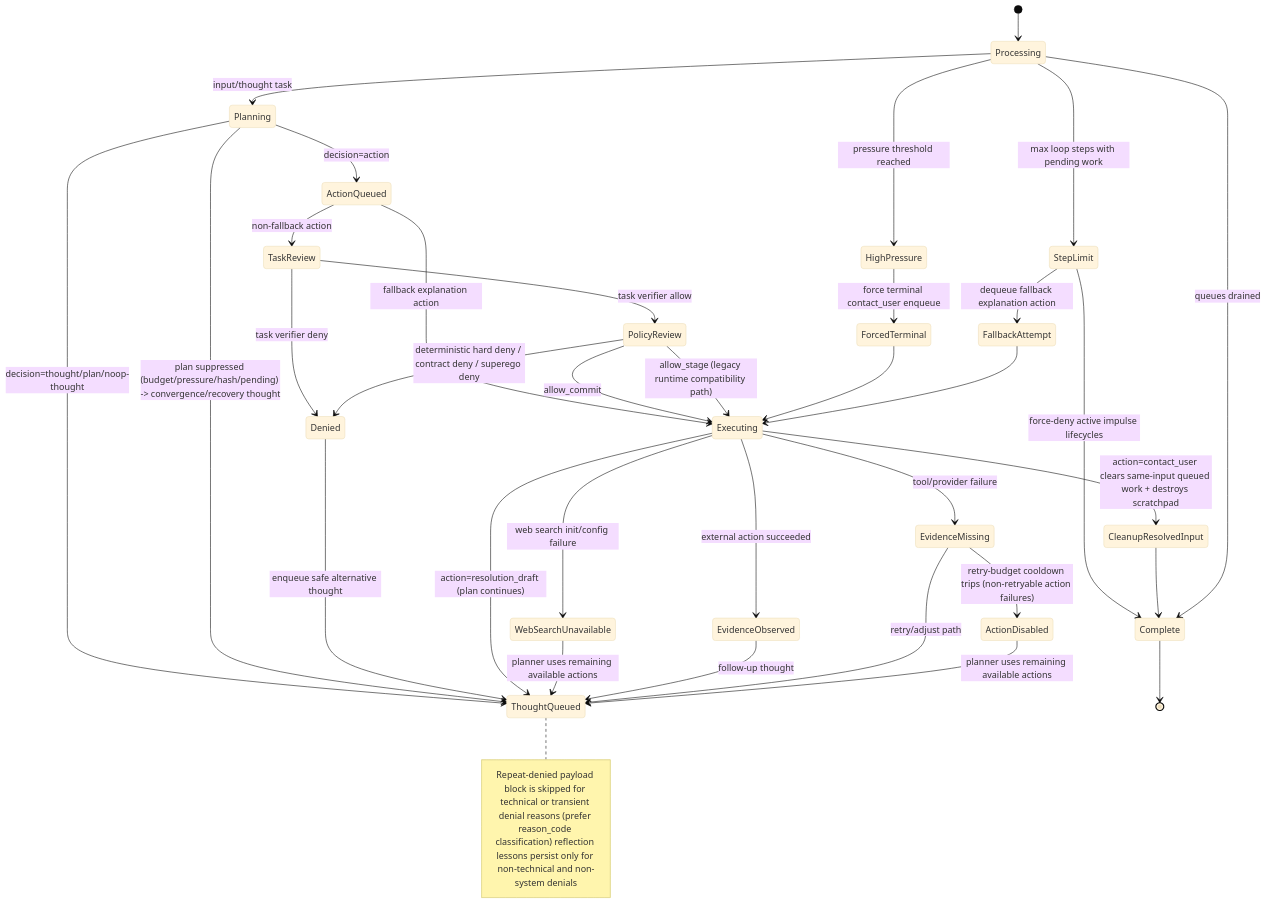
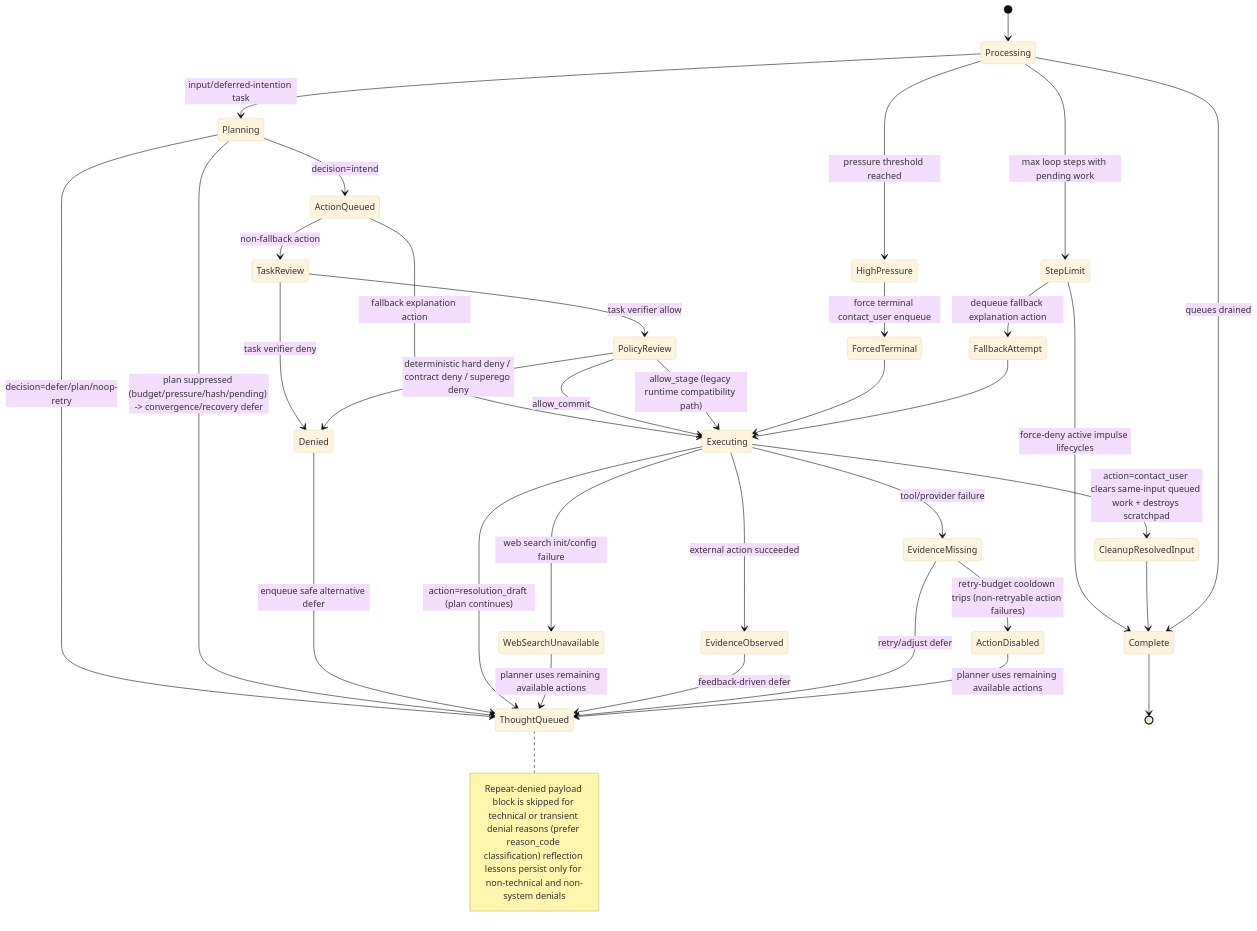
The sixth of 6 diagrams in AGENT_LOGIC_DIAGRAM.md (neopsyke/NeoPsyke), drawn with Mermaid (base theme) before and after one commit. The commit also changed other lines of this file and 37 other files, not shown here.

Commit message:
refactor(cognitive-runtime): finalize architecture convergence

````diff
--- a/AGENT_LOGIC_DIAGRAM.md
+++ b/AGENT_LOGIC_DIAGRAM.md
@@ -361,44 +362,44 @@
 ```mermaid
 stateDiagram-v2
     [*] --> Processing
 
-    Processing --> Planning: input/thought task
-    Planning --> ActionQueued: decision=action
-    Planning --> ThoughtQueued: decision=thought/plan/noop-thought
-    Planning --> ThoughtQueued: plan suppressed (budget/pressure/hash/pending) -> convergence/recovery thought
+    Processing --> Planning: input/deferred-intention task
+    Planning --> ActionQueued: decision=intend
+    Planning --> ThoughtQueued: decision=defer/plan/noop-retry
+    Planning --> ThoughtQueued: plan suppressed (budget/pressure/hash/pending) -> convergence/recovery defer
 
     ActionQueued --> TaskReview: non-fallback action
     ActionQueued --> Executing: fallback explanation action
     TaskReview --> Denied: task verifier deny
 
     TaskReview --> PolicyReview: task verifier allow
     PolicyReview --> Denied: deterministic hard deny / contract deny / superego deny
-    Denied --> ThoughtQueued: enqueue safe alternative thought
+    Denied --> ThoughtQueued: enqueue safe alternative defer
     Note right of ThoughtQueued: Repeat-denied payload block is skipped for technical or transient denial reasons (prefer reason_code classification) reflection lessons persist only for non-technical and non-system denials
 
     PolicyReview --> Executing: allow_commit
     PolicyReview --> Executing: allow_stage (legacy runtime compatibility path)
     Executing --> ThoughtQueued: action=resolution_draft (plan continues)
     Executing --> EvidenceObserved: external action succeeded
     Executing --> EvidenceMissing: tool/provider failure
     Executing --> WebSearchUnavailable: web search init/config failure
     WebSearchUnavailable --> ThoughtQueued: planner uses remaining available actions
-    EvidenceObserved --> ThoughtQueued: follow-up thought
-    EvidenceMissing --> ThoughtQueued: retry/adjust path
+    EvidenceObserved --> ThoughtQueued: feedback-driven defer
+    EvidenceMissing --> ThoughtQueued: retry/adjust defer
     EvidenceMissing --> ActionDisabled: retry-budget cooldown trips (non-retryable action failures)
     ActionDisabled --> ThoughtQueued: planner uses remaining available actions
 
     Processing --> HighPressure: pressure threshold reached
     HighPressure --> ForcedTerminal: force terminal contact_user enqueue
     ForcedTerminal --> Executing
 
     Processing --> StepLimit: max loop steps with pending work
     StepLimit --> FallbackAttempt: dequeue fallback explanation action
     StepLimit --> Complete: force-deny active impulse lifecycles
     FallbackAttempt --> Executing
 
     Executing --> CleanupResolvedInput: action=contact_user clears same-input queued work + destroys scratchpad
     CleanupResolvedInput --> Complete
     Processing --> Complete: queues drained
     Complete --> [*]
 ```
````
